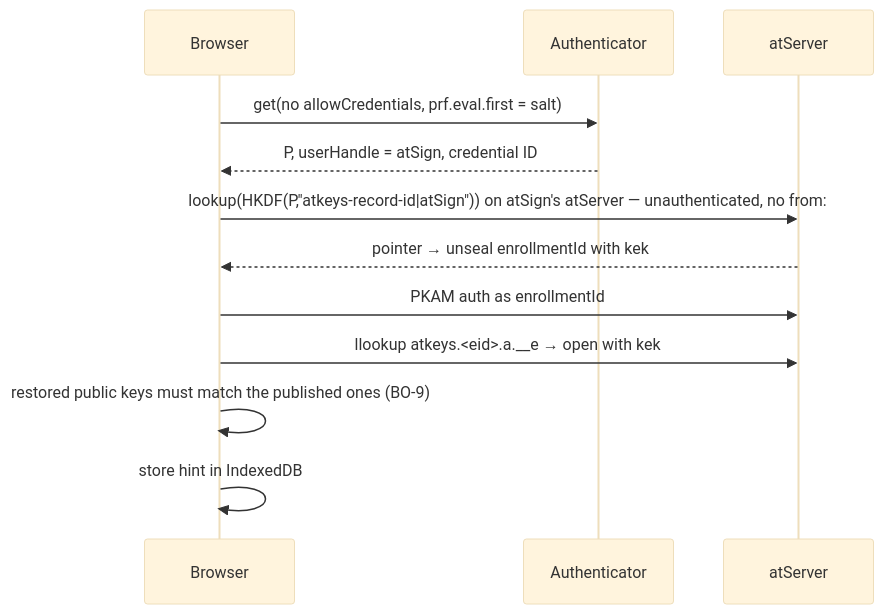
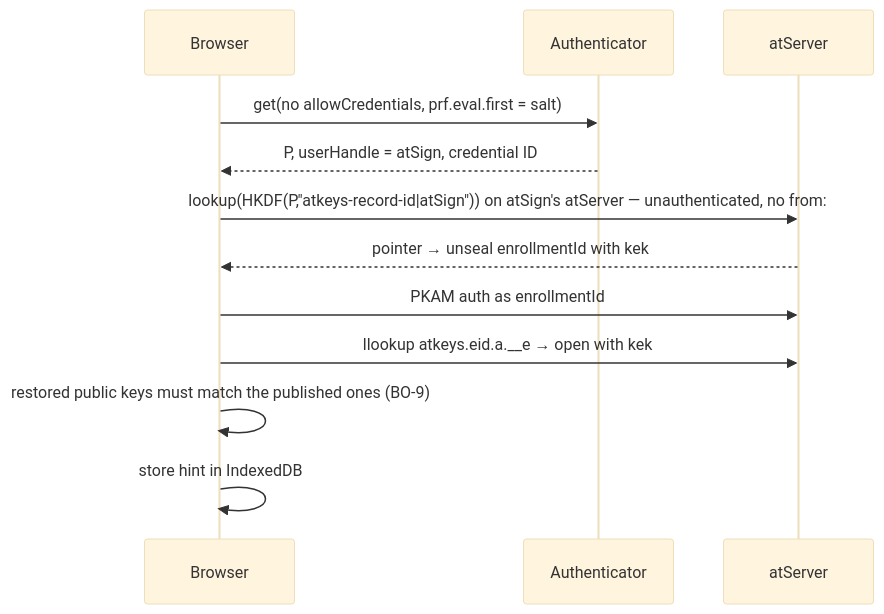
Before and after one commit to atsign-foundation/at_client_sdk: the third of 3 diagrams in docs/projects/wasm/browser-onboarding.md, drawn with Mermaid (base theme). The commit also changed other lines of this file and 2 other files, not shown here.

Commit message:
docs(wasm): pointer keeps resolving after revoke; X-K1..X-K4 read under K-10/K-11; plain names in sequence diagrams

````diff
--- a/docs/projects/wasm/browser-onboarding.md
+++ b/docs/projects/wasm/browser-onboarding.md
@@ -105,14 +105,14 @@
 ```mermaid
 sequenceDiagram
     participant B as Browser
     participant A as Authenticator
     participant S as atServer
     B->>A: get(no allowCredentials, prf.eval.first = salt)
     A-->>B: P, userHandle = atSign, credential ID
     B->>S: lookup(HKDF(P,"atkeys-record-id|atSign")) on atSign's atServer — unauthenticated, no from:
     S-->>B: pointer → unseal enrollmentId with kek
     B->>S: PKAM auth as enrollmentId
-    B->>S: llookup atkeys.<eid>.a.__e → open with kek
+    B->>S: llookup atkeys.eid.a.__e → open with kek
     B->>B: restored public keys must match the published ones (BO-9)
     B->>B: store hint in IndexedDB
 ```
````
